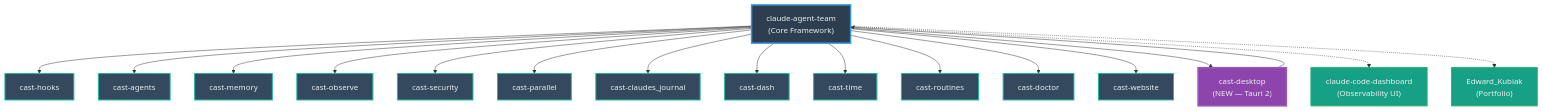
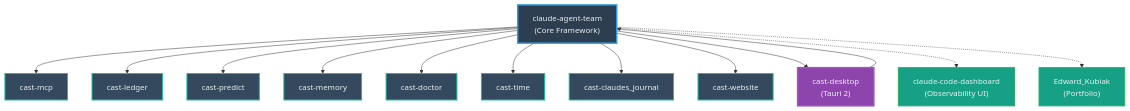
Before and after one commit to ek33450505/claude-agent-team: the diagram in docs/ecosystem.md, drawn with Mermaid. The commit also changed other lines of this file and 6 other files, not shown here.

````diff
--- a/docs/ecosystem.md
+++ b/docs/ecosystem.md
@@ -80,33 +81,29 @@
 ```mermaid
 graph TD
     CAT["claude-agent-team<br/>(Core Framework)"]
 
-    CAT --> CH["cast-hooks"]
-    CAT --> CA["cast-agents"]
+    CAT --> CMCP["cast-mcp"]
+    CAT --> CLGR["cast-ledger"]
+    CAT --> CPRD["cast-predict"]
     CAT --> CM["cast-memory"]
-    CAT --> CO["cast-observe"]
-    CAT --> CS["cast-security"]
-    CAT --> CP["cast-parallel"]
+    CAT --> CDR["cast-doctor"]
+    CAT --> CT["cast-time"]
     CAT --> CJ["cast-claudes_journal"]
-    CAT --> CD["cast-dash"]
-    CAT --> CT["cast-time"]
-    CAT --> CR["cast-routines"]
-    CAT --> CDR["cast-doctor"]
     CAT --> CW["cast-website"]
 
-    CAT --> CDESK["cast-desktop<br/>(NEW — Tauri 2)"]
+    CAT --> CDESK["cast-desktop<br/>(Tauri 2)"]
     CDESK --> CAT
 
     CAT -.-> DI["claude-code-dashboard<br/>(Observability UI)"]
     CAT -.-> PF["Edward_Kubiak<br/>(Portfolio)"]
 
     classDef core fill:#2c3e50,stroke:#3498db,stroke-width:3px,color:#ecf0f1
     classDef sources fill:#34495e,stroke:#1abc9c,stroke-width:2px,color:#ecf0f1
     classDef products fill:#16a085,stroke:#27ae60,stroke-width:2px,color:#ecf0f1
     classDef desktop fill:#8e44ad,stroke:#9b59b6,stroke-width:3px,color:#ecf0f1
 
     class CAT core
-    class CH,CA,CM,CO,CS,CP,CJ,CD,CT,CR,CDR,CW sources
+    class CMCP,CLGR,CPRD,CM,CDR,CT,CJ,CW sources
     class DI,PF products
     class CDESK desktop
 ```
````
